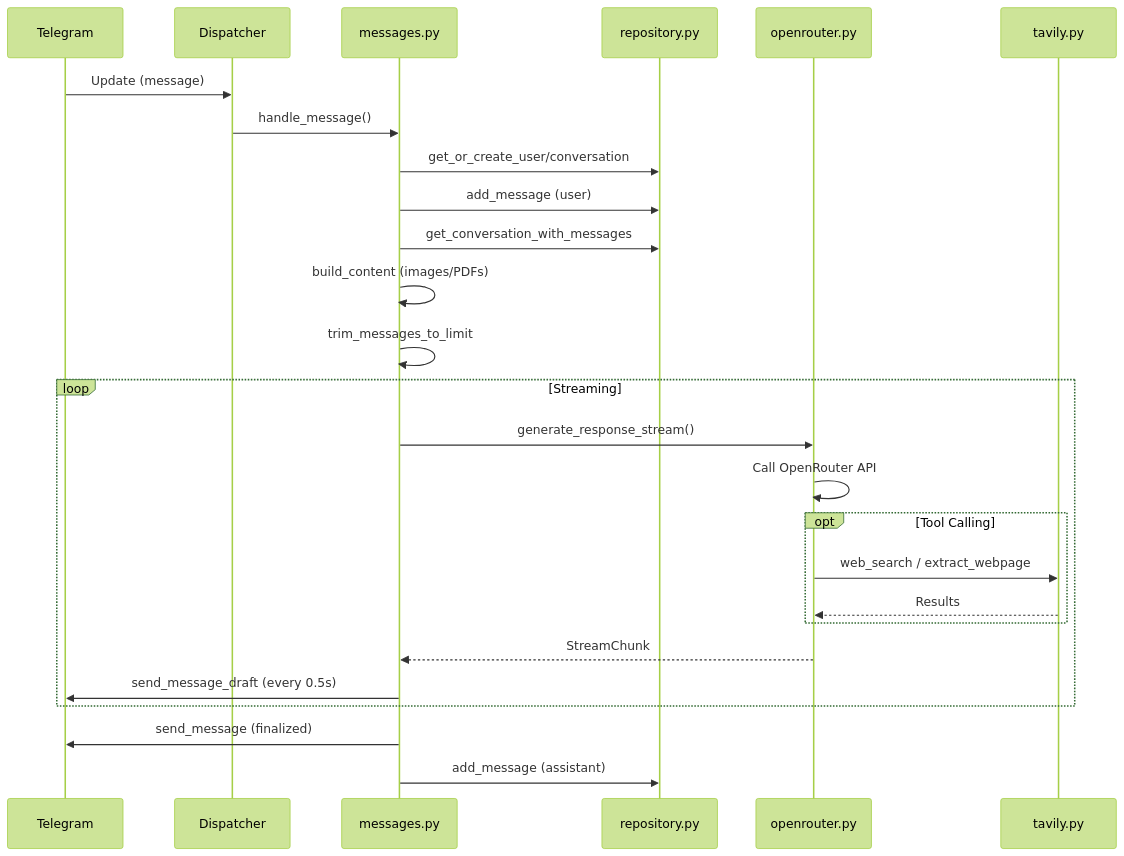
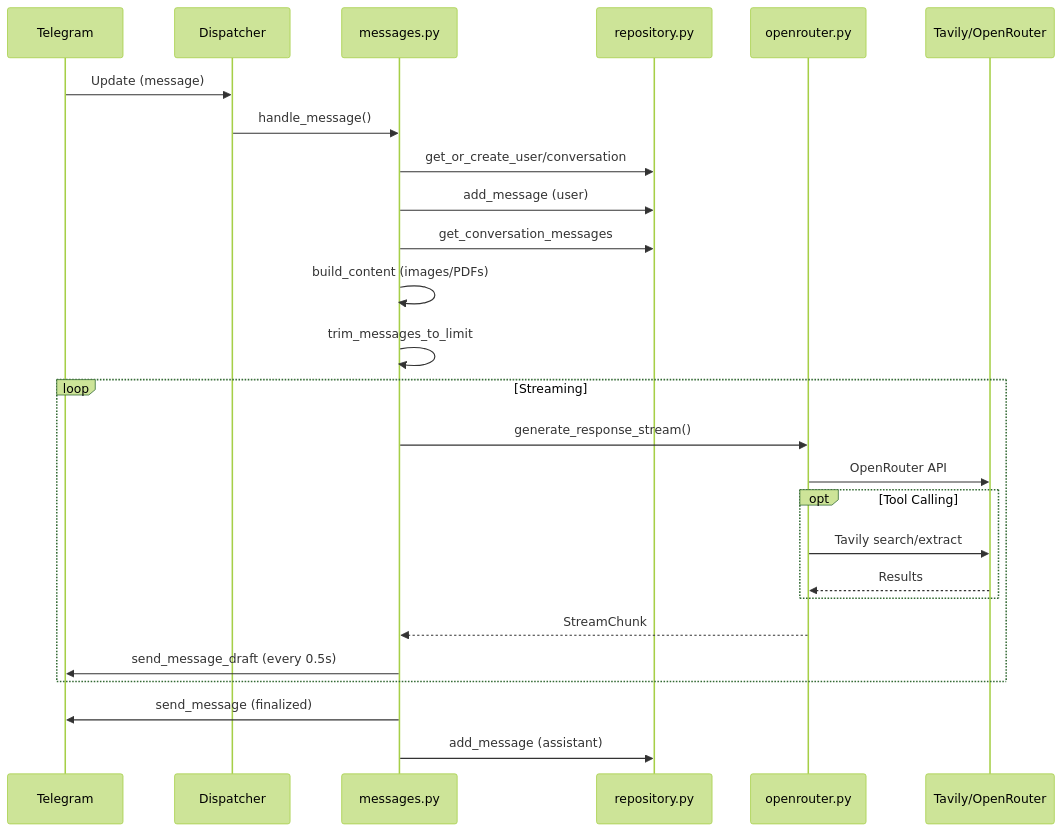
One commit to karilaa-dev/ai-tg-bot changed the second of 3 diagrams in docs/CODEBASE_MAP.md. Above: the diagram before and after it, drawn with Mermaid (forest theme). The commit also changed other lines of this file and 1 other file, not shown here.

Commit message:
Update documentation for AI module and thinking display flow; enhance Tavily integration details

````diff
--- a/docs/CODEBASE_MAP.md
+++ b/docs/CODEBASE_MAP.md
@@ -246,33 +282,33 @@
 ```mermaid
 sequenceDiagram
     participant TG as Telegram
     participant DP as Dispatcher
     participant Msg as messages.py
     participant DB as repository.py
     participant AI as openrouter.py
-    participant Tool as tavily.py
+    participant Ext as Tavily/OpenRouter
 
     TG->>DP: Update (message)
     DP->>Msg: handle_message()
     Msg->>DB: get_or_create_user/conversation
     Msg->>DB: add_message (user)
-    Msg->>DB: get_conversation_with_messages
+    Msg->>DB: get_conversation_messages
     Msg->>Msg: build_content (images/PDFs)
     Msg->>Msg: trim_messages_to_limit
 
     loop Streaming
         Msg->>AI: generate_response_stream()
-        AI->>AI: Call OpenRouter API
+        AI->>Ext: OpenRouter API
 
         opt Tool Calling
-            AI->>Tool: web_search / extract_webpage
-            Tool-->>AI: Results
+            AI->>Ext: Tavily search/extract
+            Ext-->>AI: Results
         end
 
         AI-->>Msg: StreamChunk
         Msg->>TG: send_message_draft (every 0.5s)
     end
 
     Msg->>TG: send_message (finalized)
     Msg->>DB: add_message (assistant)
 ```
````
